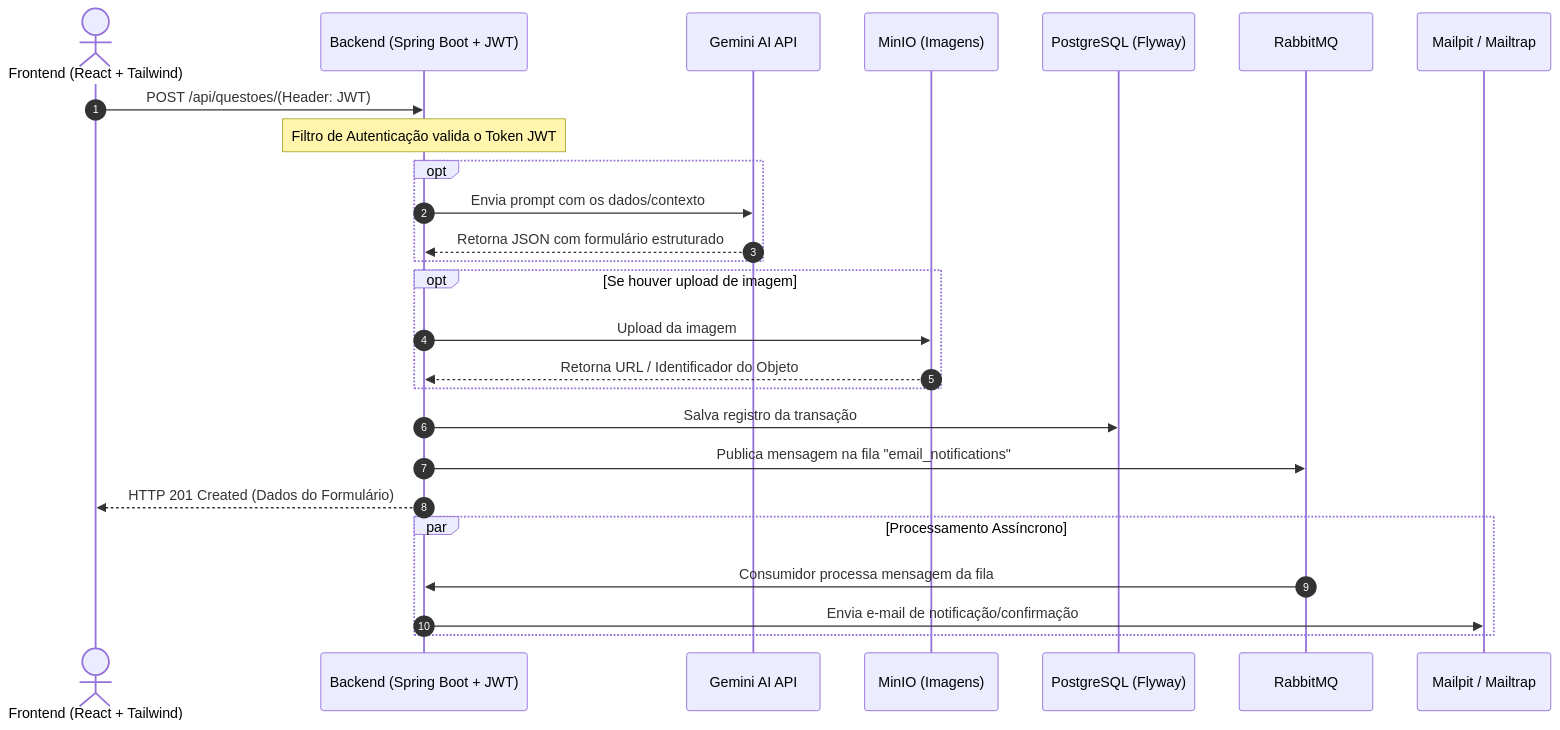
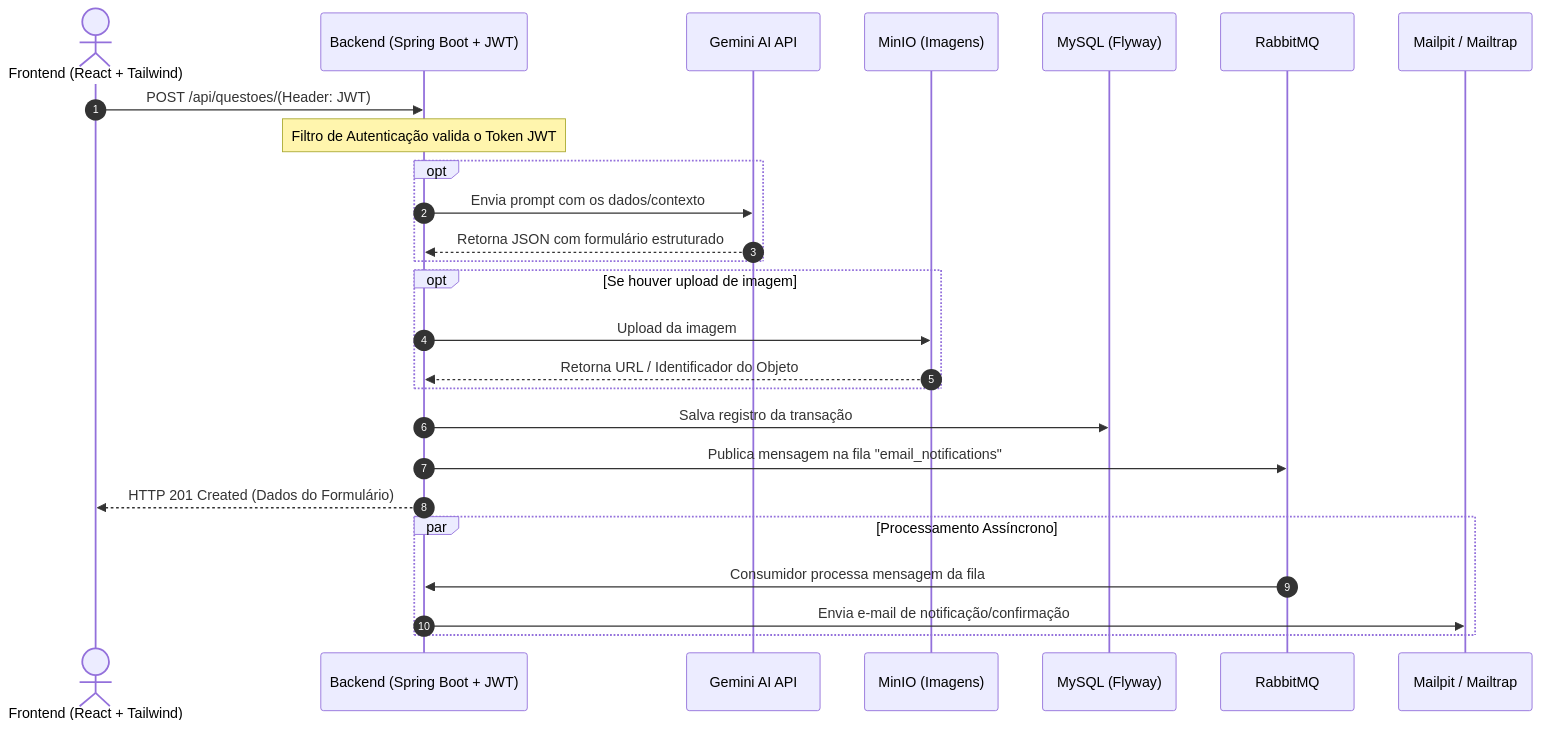
Before and after one commit to jalvmiller/PROBEND: the diagram in README.md, drawn with Mermaid. The commit also changed other lines of this file, not shown here.

````diff
--- a/README.md
+++ b/README.md
@@ -87,32 +86,32 @@
 ```mermaid
 sequenceDiagram
     autonumber
     actor Cliente as Frontend (React + Tailwind)
     participant API as Backend (Spring Boot + JWT)
     participant Gemini as Gemini AI API
     participant MinIO as MinIO (Imagens)
-    participant DB as PostgreSQL (Flyway)
+    participant DB as MySQL (Flyway)
     participant Queue as RabbitMQ
     participant Mail as Mailpit / Mailtrap
 
     Cliente->>API: POST /api/questoes/(Header: JWT)
     Note over API: Filtro de Autenticação valida o Token JWT
     
     opt
         API->>Gemini: Envia prompt com os dados/contexto
         Gemini-->>API: Retorna JSON com formulário estruturado
     end
     opt Se houver upload de imagem
         API->>MinIO: Upload da imagem
         MinIO-->>API: Retorna URL / Identificador do Objeto
     end
 
     API->>DB: Salva registro da transação
     API->>Queue: Publica mensagem na fila "email_notifications"
     API-->>Cliente: HTTP 201 Created (Dados do Formulário)
 
     par Processamento Assíncrono
         Queue->>API: Consumidor processa mensagem da fila
         API->>Mail: Envia e-mail de notificação/confirmação
     end
 ```
````
